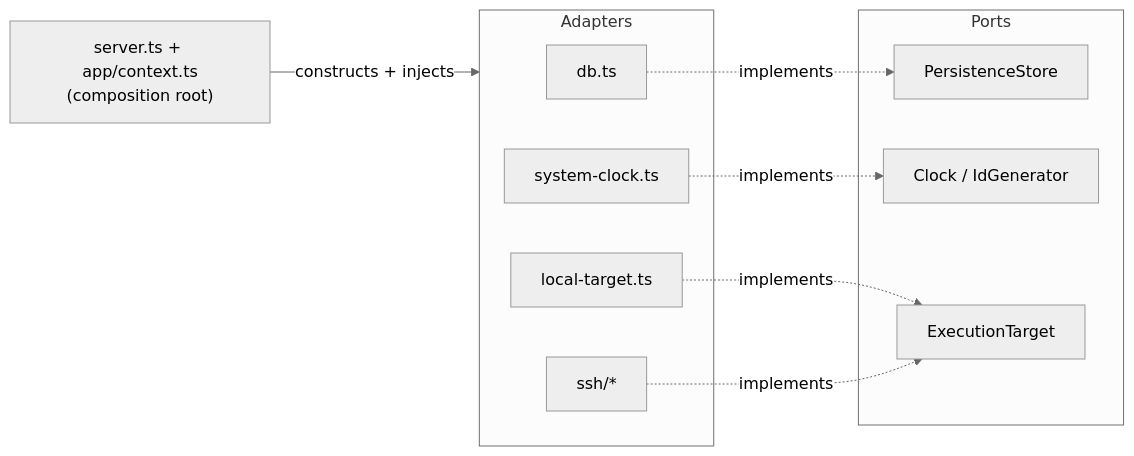
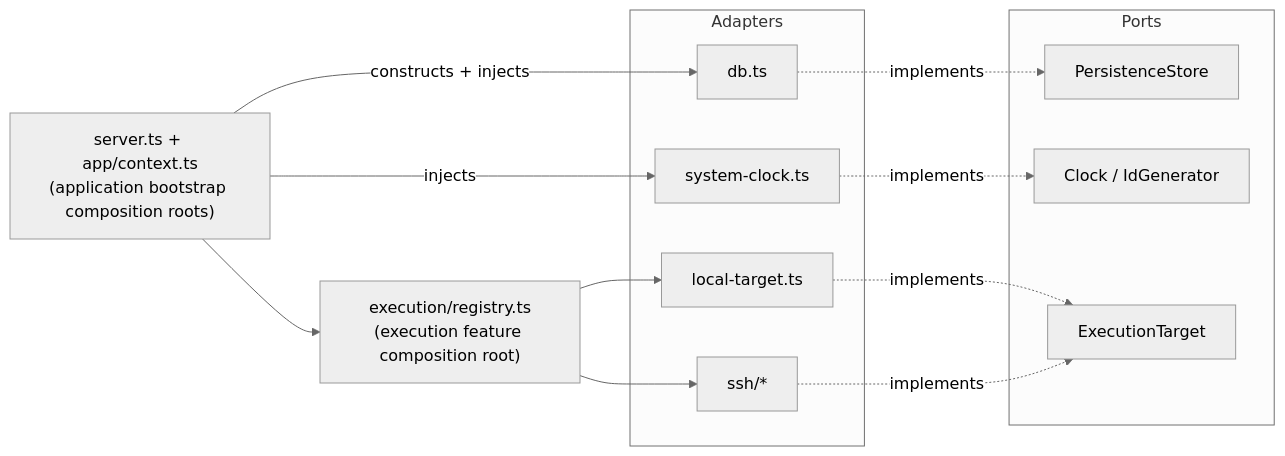
The diagram in docs/ports-and-adapters.md (tomtastisch/codex-orchestrator), drawn with Mermaid (neutral theme) before and after one commit. The commit also changed other lines of this file and 5 other files, not shown here.

Commit message:
docs: align architecture claims with enforced ports

````diff
--- a/docs/ports-and-adapters.md
+++ b/docs/ports-and-adapters.md
@@ -62,20 +61,25 @@
 ```mermaid
 flowchart LR
-    CR["server.ts + app/context.ts<br/>(composition root)"]
+    CR["server.ts + app/context.ts<br/>(application bootstrap composition roots)"]
+    ER["execution/registry.ts<br/>(execution feature composition root)"]
     subgraph P["Ports"]
         PS[PersistenceStore]
         CK[Clock / IdGenerator]
         ET[ExecutionTarget]
     end
     subgraph A["Adapters"]
         DB[db.ts]
         SC[system-clock.ts]
         LT[local-target.ts]
         SSH[ssh/*]
     end
-    CR -->|constructs + injects| A
+    CR -->|constructs + injects| DB
+    CR -->|injects| SC
+    CR --> ER
+    ER --> LT
+    ER --> SSH
     DB -. implements .-> PS
     SC -. implements .-> CK
     LT -. implements .-> ET
     SSH -. implements .-> ET
 ```
````
